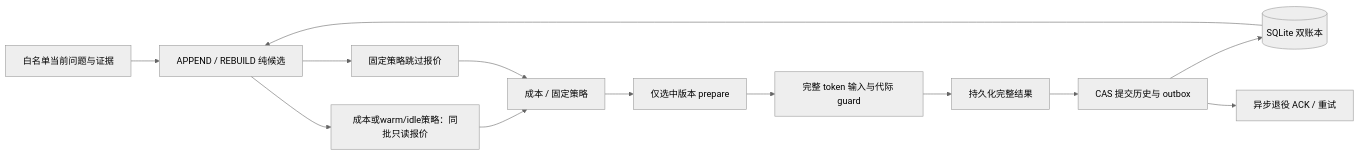
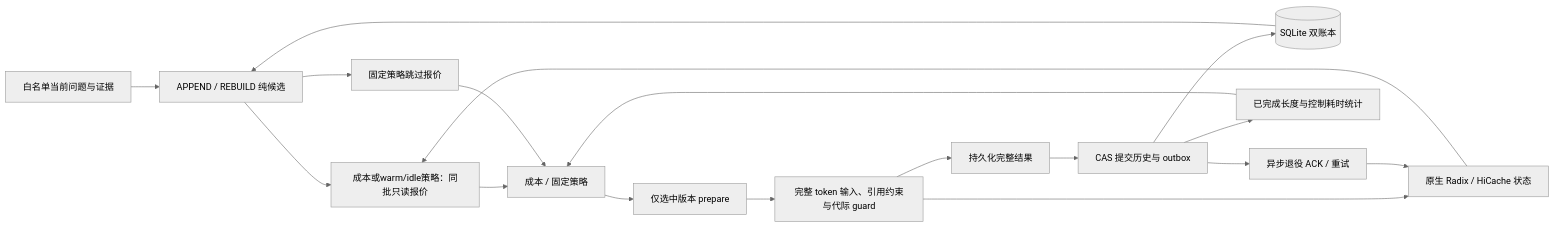
One commit to issaddy/ContextKV changed the diagram in docs/architecture.md. Above: the diagram before and after it, drawn with Mermaid (neutral theme). The commit also changed other lines of this file and 5 other files, not shown here.

````diff
--- a/docs/architecture.md
+++ b/docs/architecture.md
@@ -7,15 +7,20 @@
 ```mermaid
 flowchart LR
   Data[白名单当前问题与证据] --> Candidates[APPEND / REBUILD 纯候选]
   Store[(SQLite 双账本)] --> Candidates
   Candidates --> Quote[成本或warm/idle策略：同批只读报价]
   Candidates --> Fixed[固定策略跳过报价]
   Quote --> Planner[成本 / 固定策略]
   Fixed --> Planner
   Planner --> Prepare[仅选中版本 prepare]
-  Prepare --> Generate[完整 token 输入与代际 guard]
+  Prepare --> Generate[完整 token 输入、引用约束与代际 guard]
   Generate --> Result[持久化完整结果]
   Result --> Commit[CAS 提交历史与 outbox]
   Commit --> Store
   Commit --> Retire[异步退役 ACK / 重试]
+  Commit --> Feedback[已完成长度与控制耗时统计]
+  Feedback --> Planner
+  Generate --> Cache[原生 Radix / HiCache 状态]
+  Retire --> Cache
+  Cache --> Quote
 ```
````
